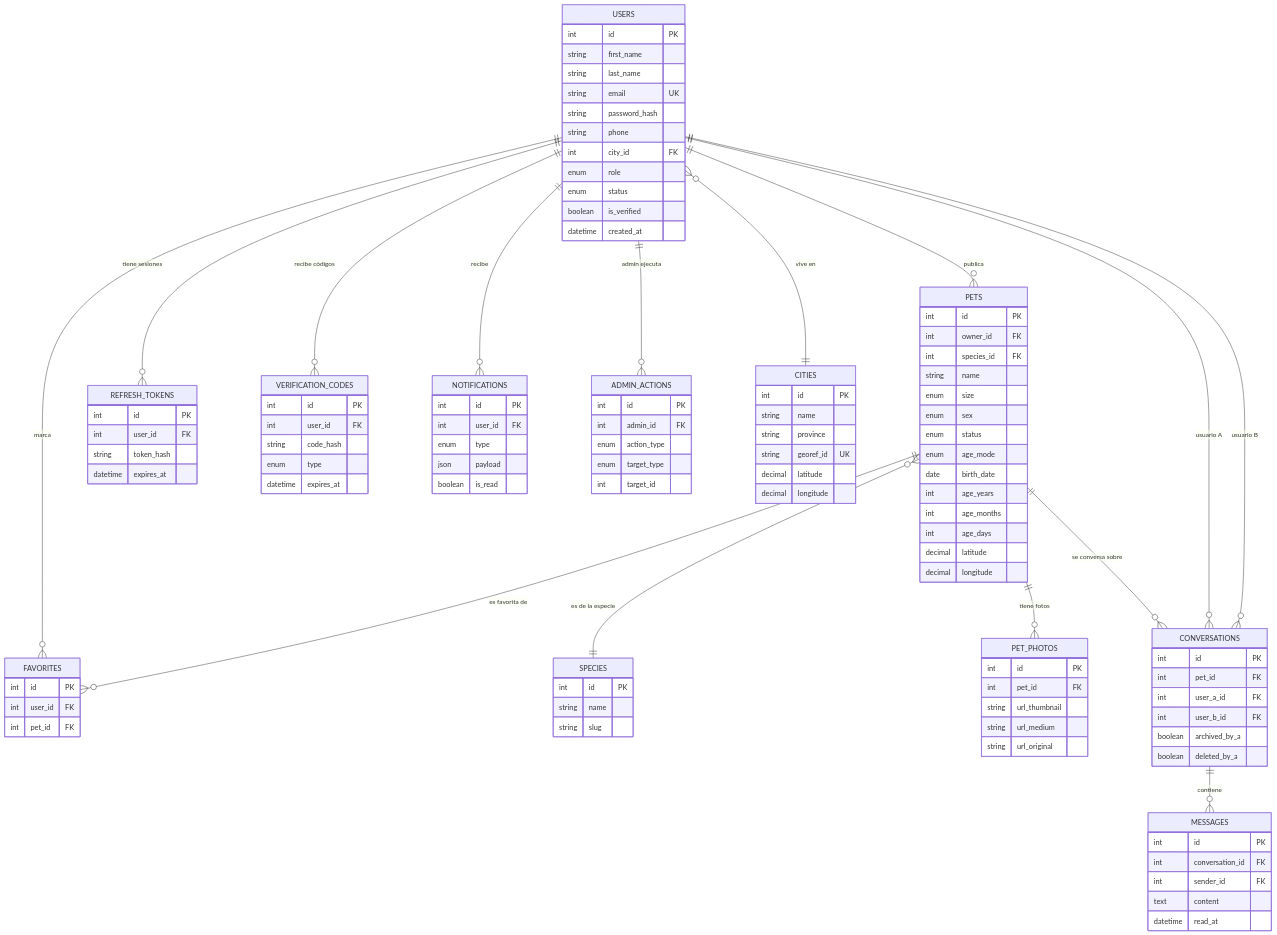
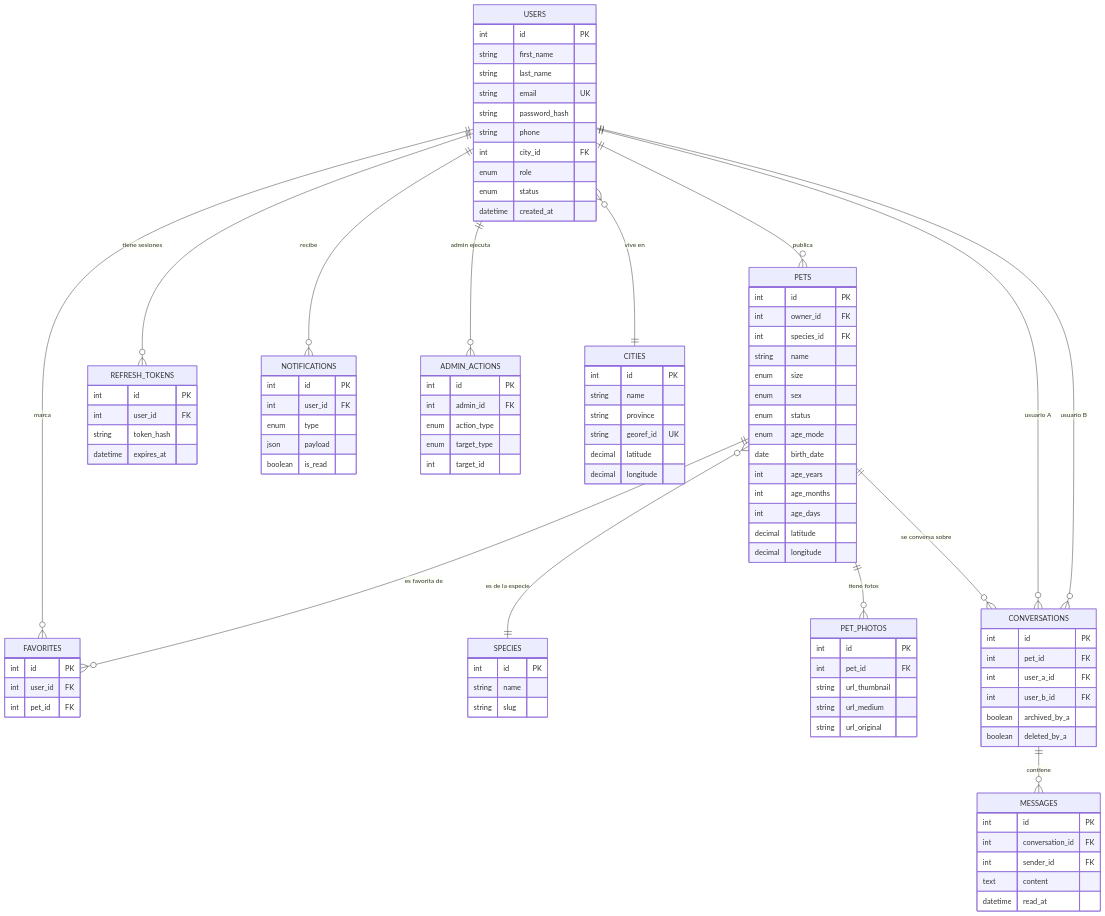
Before and after one commit to Sebollitaaa/PataHogarWEB: the second of 9 diagrams in DOCUMENTACION_TECNICA.md, drawn with Mermaid. The commit also changed other lines of this file and 26 other files, not shown here.

```diff
--- a/DOCUMENTACION_TECNICA.md
+++ b/DOCUMENTACION_TECNICA.md
@@ -177,7 +174,6 @@
     USERS ||--o{ PETS : "publica"
     USERS ||--o{ FAVORITES : "marca"
     USERS ||--o{ REFRESH_TOKENS : "tiene sesiones"
-    USERS ||--o{ VERIFICATION_CODES : "recibe códigos"
     USERS ||--o{ NOTIFICATIONS : "recibe"
     USERS ||--o{ ADMIN_ACTIONS : "admin ejecuta"
     USERS }o--|| CITIES : "vive en"
@@ -201,7 +197,6 @@
         int city_id FK
         enum role
         enum status
-        boolean is_verified
         datetime created_at
     }
     CITIES {
@@ -273,13 +268,6 @@
         string token_hash
         datetime expires_at
     }
-    VERIFICATION_CODES {
-        int id PK
-        int user_id FK
-        string code_hash
-        enum type
-        datetime expires_at
-    }
     ADMIN_ACTIONS {
         int id PK
         int admin_id FK
```
